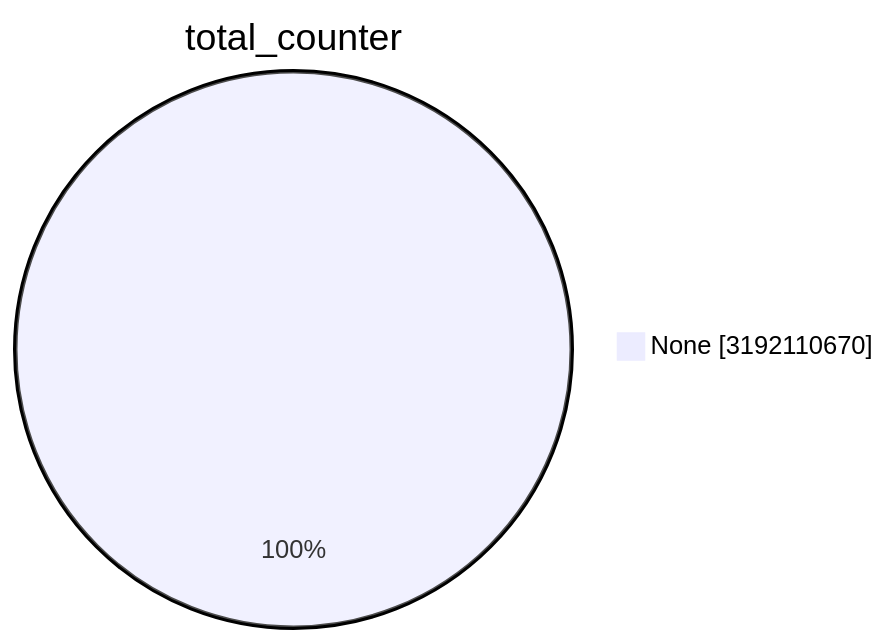
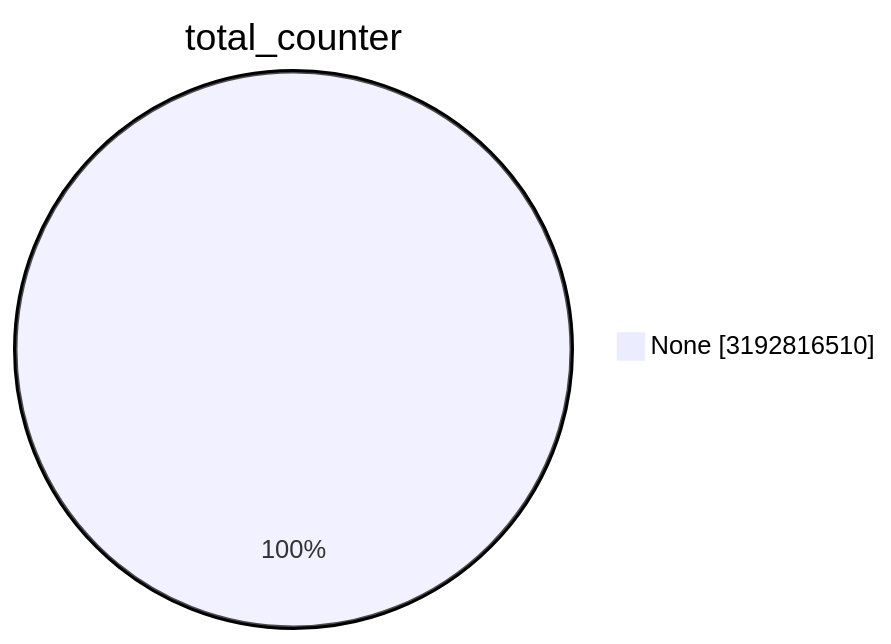
One commit to christiankrug/ctmonitor_visualization changed the first of 15 diagrams in TOTAL/README.md. Above: the diagram before and after it, drawn with Mermaid. The commit also changed other lines of this file, not shown here.

````diff
--- a/TOTAL/README.md
+++ b/TOTAL/README.md
@@ -1,5 +1,5 @@
 ```mermaid
 pie showData
 title total_counter
-"None" :3192110670
+"None" :3192816510
 ```
````
